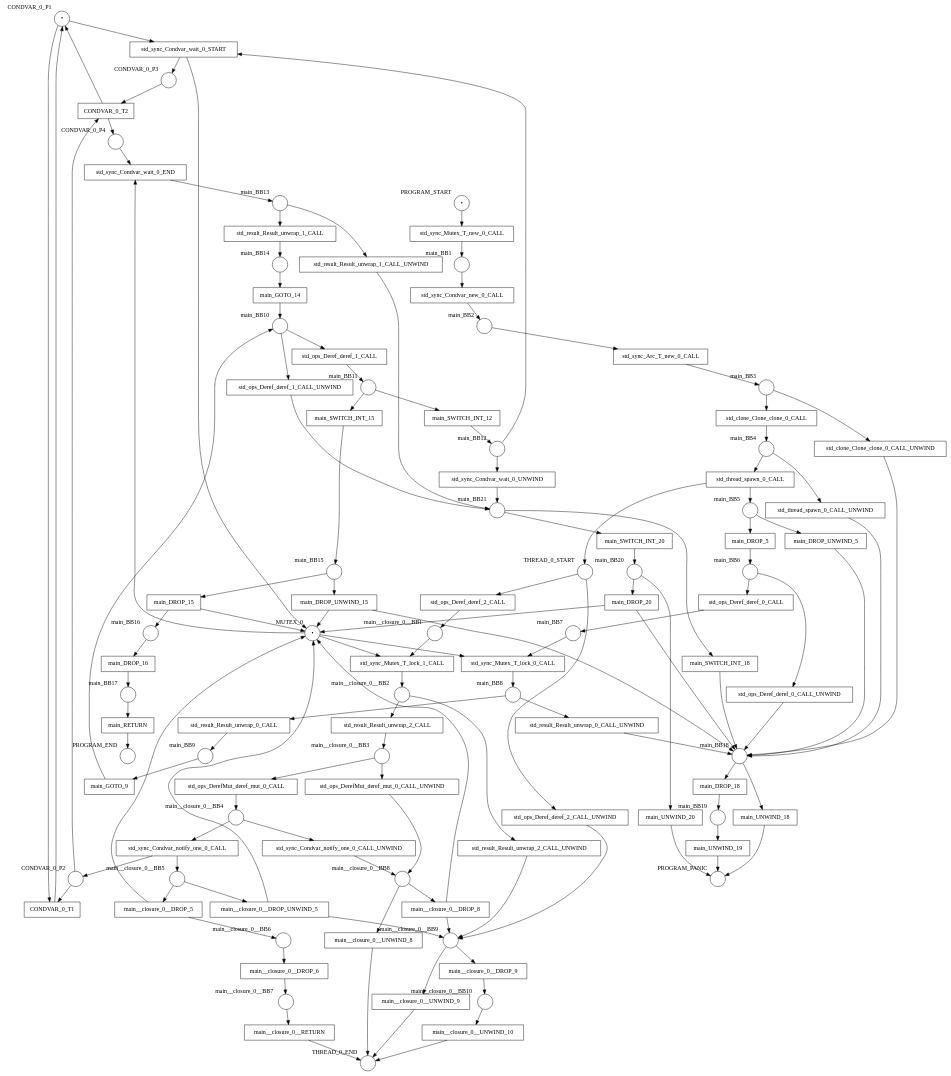
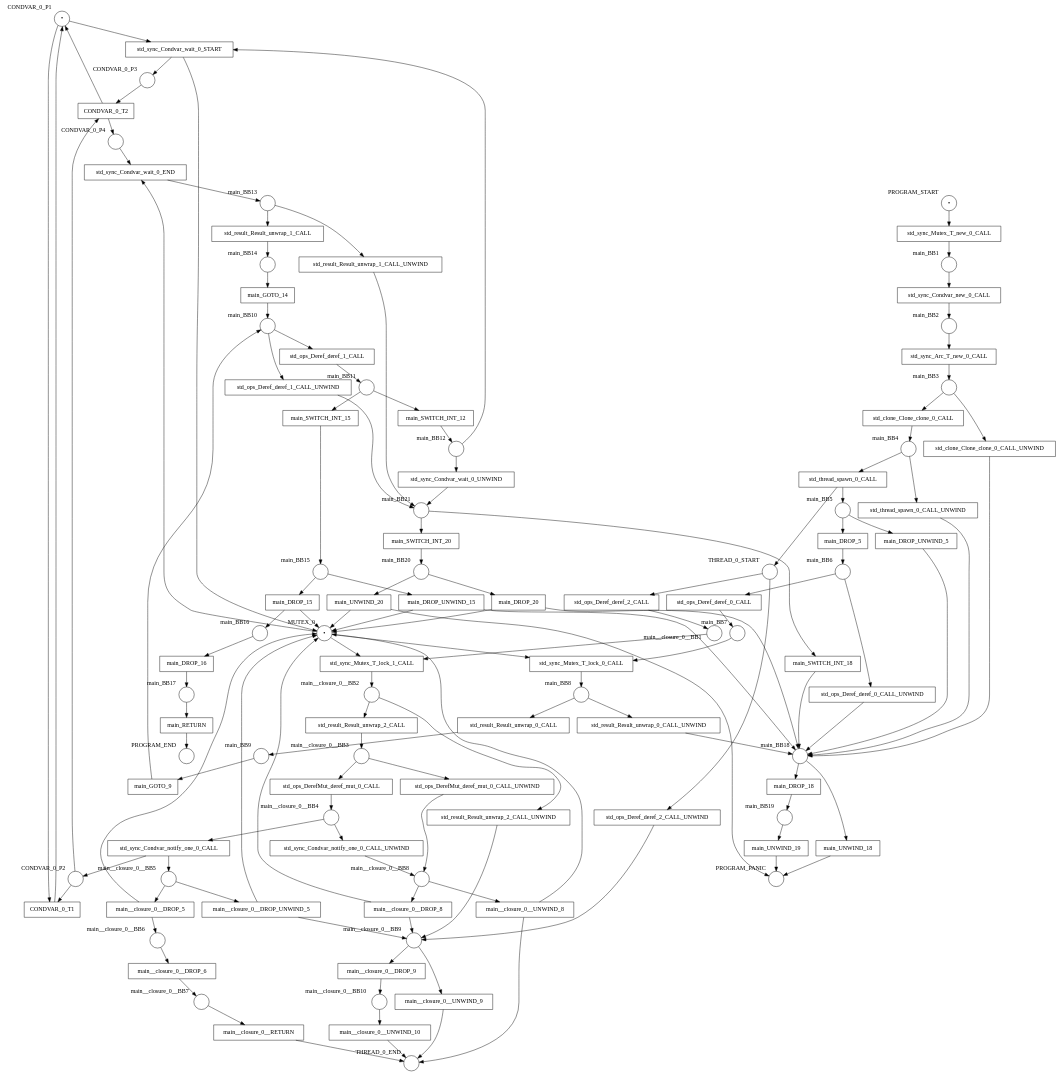
The diagram in examples/results/condvar/two_threads_sharing_condvar/net.dot (hlisdero/cargo-check-deadlock), drawn with Graphviz before and after one commit. The commit also changed 20 other files, not shown here.

```diff
--- a/examples/results/condvar/two_threads_sharing_condvar/net.dot
+++ b/examples/results/condvar/two_threads_sharing_condvar/net.dot
@@ -180,6 +180,7 @@
     main_SWITCH_INT_20 -> main_BB20;
     main_UNWIND_18 -> PROGRAM_PANIC;
     main_UNWIND_19 -> PROGRAM_PANIC;
+    main_UNWIND_20 -> MUTEX_0;
     main_UNWIND_20 -> PROGRAM_PANIC;
     main__closure_0__DROP_5 -> MUTEX_0;
     main__closure_0__DROP_5 -> main__closure_0__BB6;
@@ -191,6 +192,7 @@
     main__closure_0__DROP_UNWIND_5 -> main__closure_0__BB9;
     main__closure_0__RETURN -> THREAD_0_END;
     main__closure_0__UNWIND_10 -> THREAD_0_END;
+    main__closure_0__UNWIND_8 -> MUTEX_0;
     main__closure_0__UNWIND_8 -> THREAD_0_END;
     main__closure_0__UNWIND_9 -> THREAD_0_END;
     std_clone_Clone_clone_0_CALL -> main_BB4;
```
